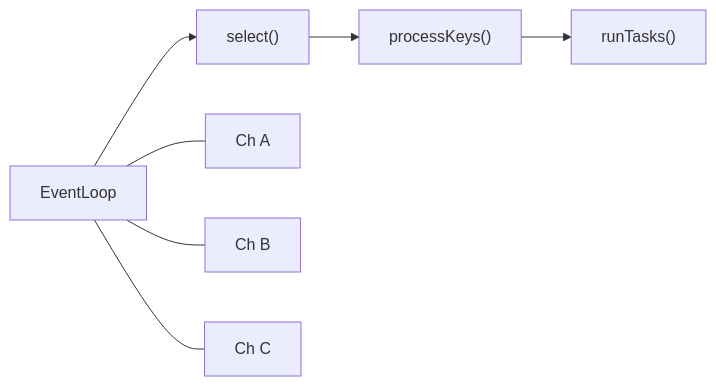
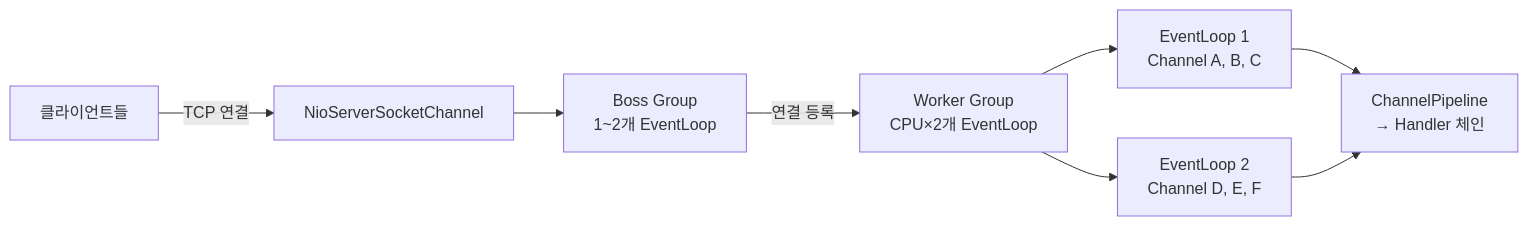
The fifth of 12 diagrams in _posts/server/2026-05-01-tomcat-vs-netty.md (yjkim2015/yjkim2015.github.io), drawn with Mermaid before and after one commit. The commit also changed other lines of this file and 1 other file, not shown here.

````diff
--- a/_posts/server/2026-05-01-tomcat-vs-netty.md
+++ b/_posts/server/2026-05-01-tomcat-vs-netty.md
@@ -93,5 +170,10 @@
 ```mermaid
 graph LR
-    EL["EventLoop"] --> S["select()"] --> P["processKeys()"] --> R["runTasks()"]
-    EL --- A["Ch A"] & B["Ch B"] & C["Ch C"]
+    CLI["클라이언트들"] -->|"TCP 연결"| SRV["NioServerSocketChannel"]
+    SRV --> BG["Boss Group\n1~2개 EventLoop"]
+    BG -->|"연결 등록"| WG["Worker Group\nCPU×2개 EventLoop"]
+    WG --> EL1["EventLoop 1\nChannel A, B, C"]
+    WG --> EL2["EventLoop 2\nChannel D, E, F"]
+    EL1 --> PP["ChannelPipeline\n→ Handler 체인"]
+    EL2 --> PP
 ```
````
